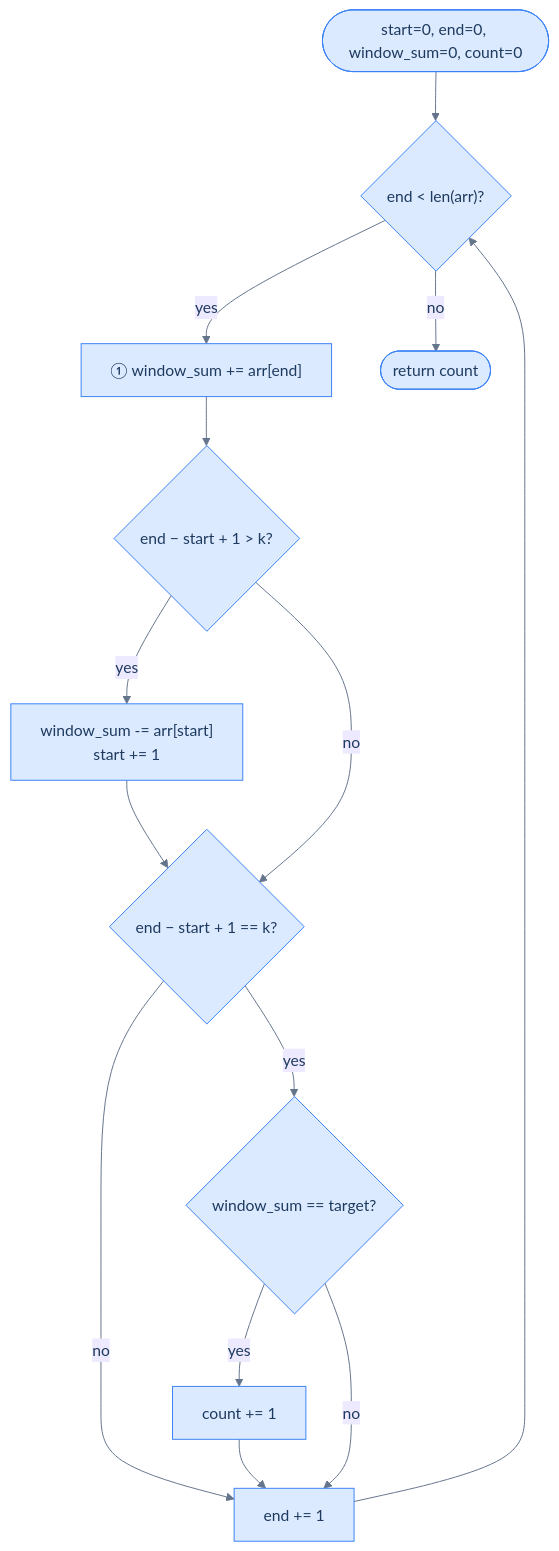
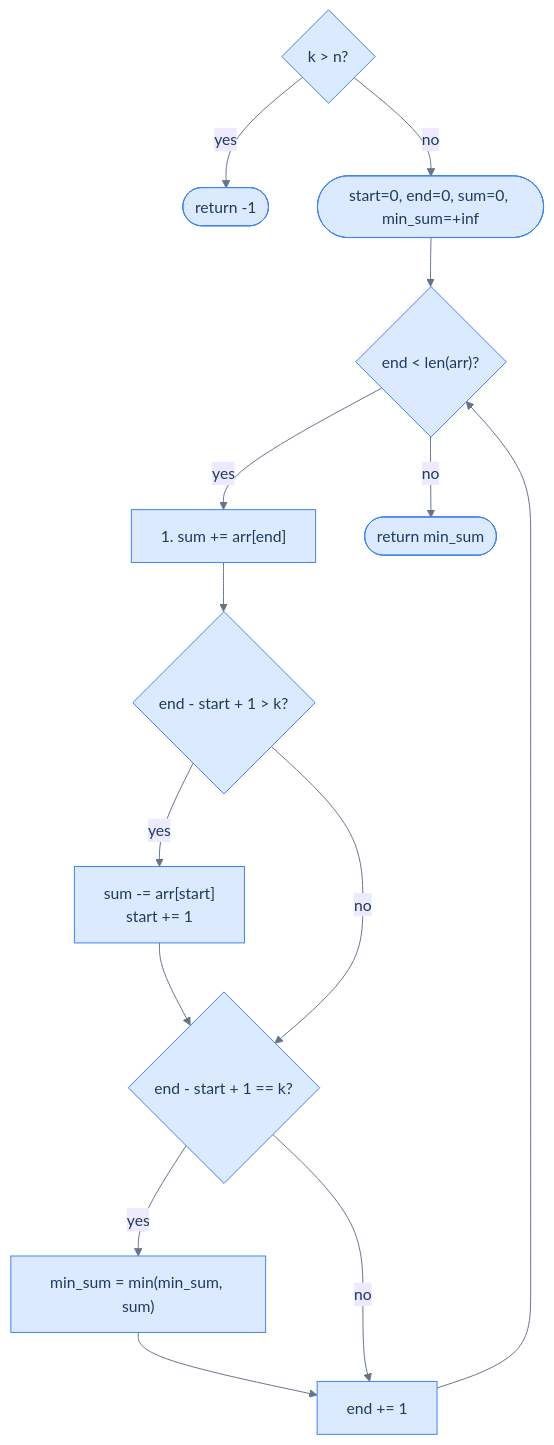
The fifth of 8 diagrams in content/cortex/data-structures-and-algorithms/02-linear-structures/01-arrays/07-pattern-fixed-sliding-window.md (ani2fun/codefolio), drawn with Mermaid before and after one commit. The commit also changed other lines of this file and 55 other files, not shown here.

````diff
--- a/content/cortex/data-structures-and-algorithms/02-linear-structures/01-arrays/07-pattern-fixed-sliding-window.md
+++ b/content/cortex/data-structures-and-algorithms/02-linear-structures/01-arrays/07-pattern-fixed-sliding-window.md
@@ -900,35 +878,39 @@
 ```mermaid
 ---
 config:
   theme: base
   themeVariables:
     primaryColor: "#dbeafe"
     primaryBorderColor: "#3b82f6"
     primaryTextColor: "#1e3a5f"
     lineColor: "#64748b"
     secondaryColor: "#ede9fe"
     tertiaryColor: "#fef9c3"
 ---
 flowchart TB
-  Init(["start=0, end=0, window_sum=0, count=0"])
-  Loop{"end < len(arr)?"}
-  Expand["① window_sum += arr[end]"]
-  Contract{"end − start + 1 > k?"}
-  Remove["window_sum -= arr[start]<br/>start += 1"]
-  Process{"end − start + 1 == k?"}
-  Check{"window_sum == target?"}
-  Inc["count += 1"]
+  Edge{"k > n?"}
+  RetN(["return -1"])
+  Init(["start=0, end=0, sum=0, min_sum=+inf"])
+  Loop{"end &lt; len(arr)?"}
+  Expand["1. sum += arr[end]"]
+  Contract{"end - start + 1 &gt; k?"}
+  Remove["sum -= arr[start]<br/>start += 1"]
+  Process{"end - start + 1 == k?"}
+  Update["min_sum = min(min_sum, sum)"]
   Advance["end += 1"]
-  Done(["return count"])
+  Done(["return min_sum"])
 
+  Edge -->|"yes"| RetN
+  Edge -->|"no"| Init
   Init --> Loop
-  Loop -->|"yes"| Expand --> Contract
-  Contract -->|"yes"| Remove --> Process
+  Loop -->|"yes"| Expand
+  Expand --> Contract
+  Contract -->|"yes"| Remove
+  Remove --> Process
   Contract -->|"no"| Process
-  Process -->|"yes"| Check
+  Process -->|"yes"| Update
+  Update --> Advance
   Process -->|"no"| Advance
-  Check -->|"yes"| Inc --> Advance
-  Check -->|"no"| Advance
   Advance --> Loop
   Loop -->|"no"| Done
 ```
````
